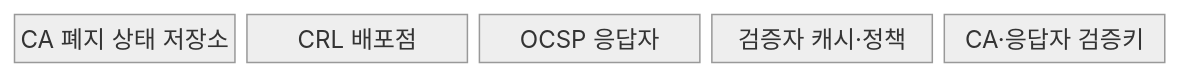
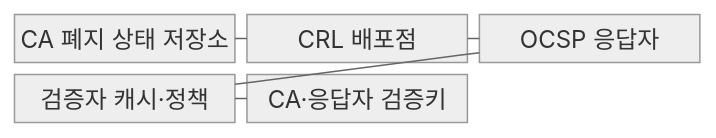
One commit to agnusdei1207/knowledge-base changed the first of 2 diagrams in src/content/docs/notes/05-security/010_crl_ocsp_certificate_revocation.md. Above: the diagram before and after it, drawn with Mermaid (neutral theme). The commit also changed other lines of this file and 151 other files, not shown here.

````diff
--- a/src/content/docs/notes/05-security/010_crl_ocsp_certificate_revocation.md
+++ b/src/content/docs/notes/05-security/010_crl_ocsp_certificate_revocation.md
@@ -57,9 +57,13 @@
 ```mermaid
 block-beta
-    columns 5
+    columns 3
     C["CA 폐지 상태 저장소"]
     L["CRL 배포점"]
     O["OCSP 응답자"]
     V["검증자 캐시·정책"]
     T["CA·응답자 검증키"]
+    C --- L
+    L --- O
+    O --- V
+    V --- T
 ```
````
